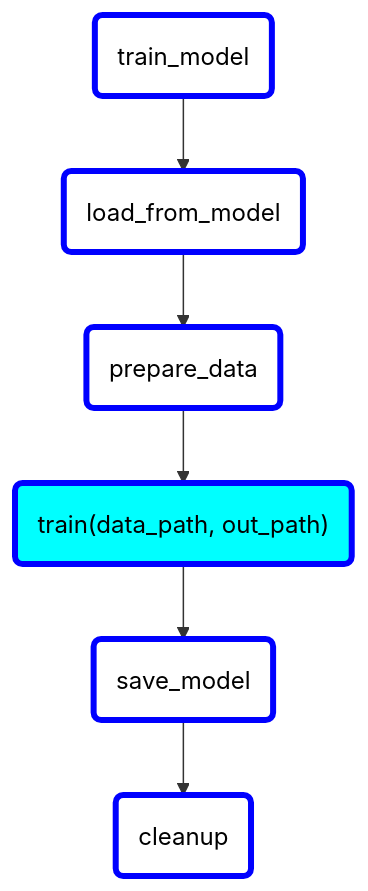
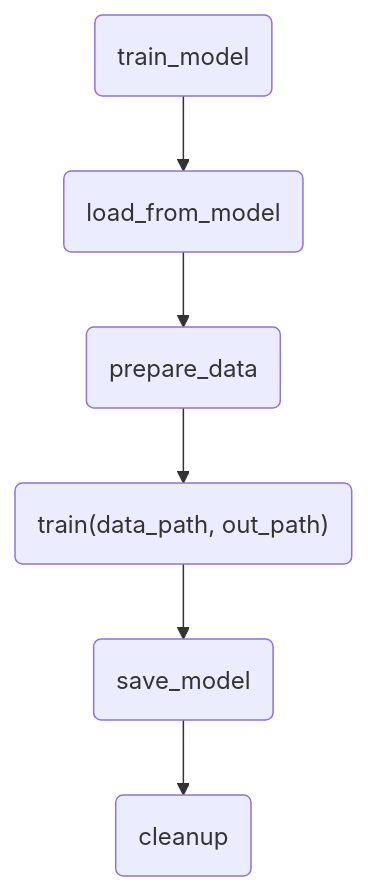
Before and after one commit to dataloop-ai/dtlpy-documentation: the fourth of 5 diagrams in docs_build/tutorials_templates/model_management/advance/model_adapter_flows/chapter.md, drawn with Mermaid. The commit also changed other lines of this file and 2 other files, not shown here.

Commit message:
model adapter flows

````diff
--- a/docs_build/tutorials_templates/model_management/advance/model_adapter_flows/chapter.md
+++ b/docs_build/tutorials_templates/model_management/advance/model_adapter_flows/chapter.md
@@ -1,11 +49,11 @@
 ```mermaid
 flowchart TD
-    id1(train_model)-->id2(load_from_model)-->id3(prepare_data)-->id4("train(data_path, out_path)")-->id5(save_model)-->id6(cleanup)
-    style id1 fill:white,stroke:blue,stroke-width:4px,color:black
-    style id2 fill:white,stroke:blue,stroke-width:4px,color:black
-    style id3 fill:white,stroke:blue,stroke-width:4px,color:black
-    style id4 fill:cyan,stroke:blue,stroke-width:4px,color:black
-    style id5 fill:white,stroke:blue,stroke-width:4px,color:black
-    style id6 fill:white,stroke:blue,stroke-width:4px,color:black
+    id1(train_model)-->
+    id2(load_from_model)-->
+    id3(prepare_data)-->
+    id4("train(data_path, out_path)")-->
+    id5(save_model)-->
+    id6(cleanup)
+    click id2 "./#load-from-model"
 
 ```
````
